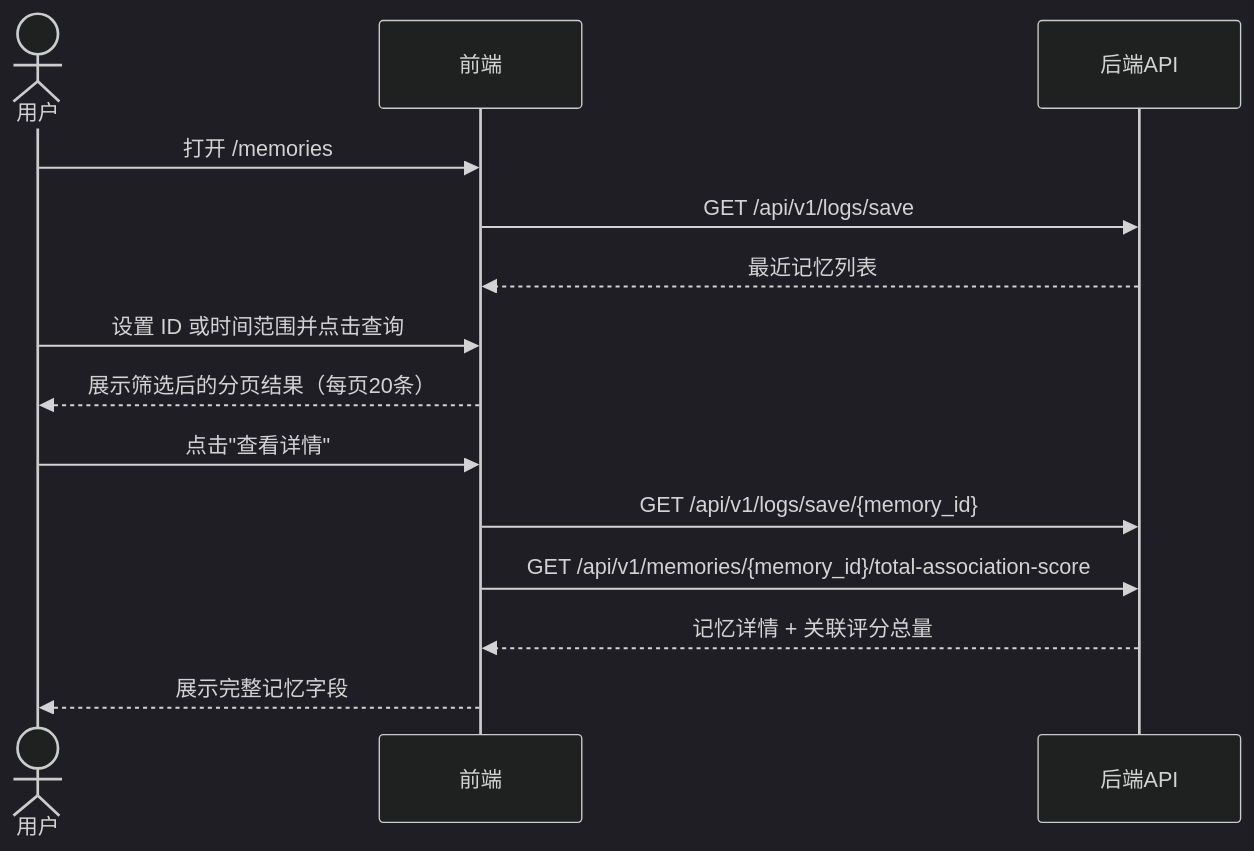
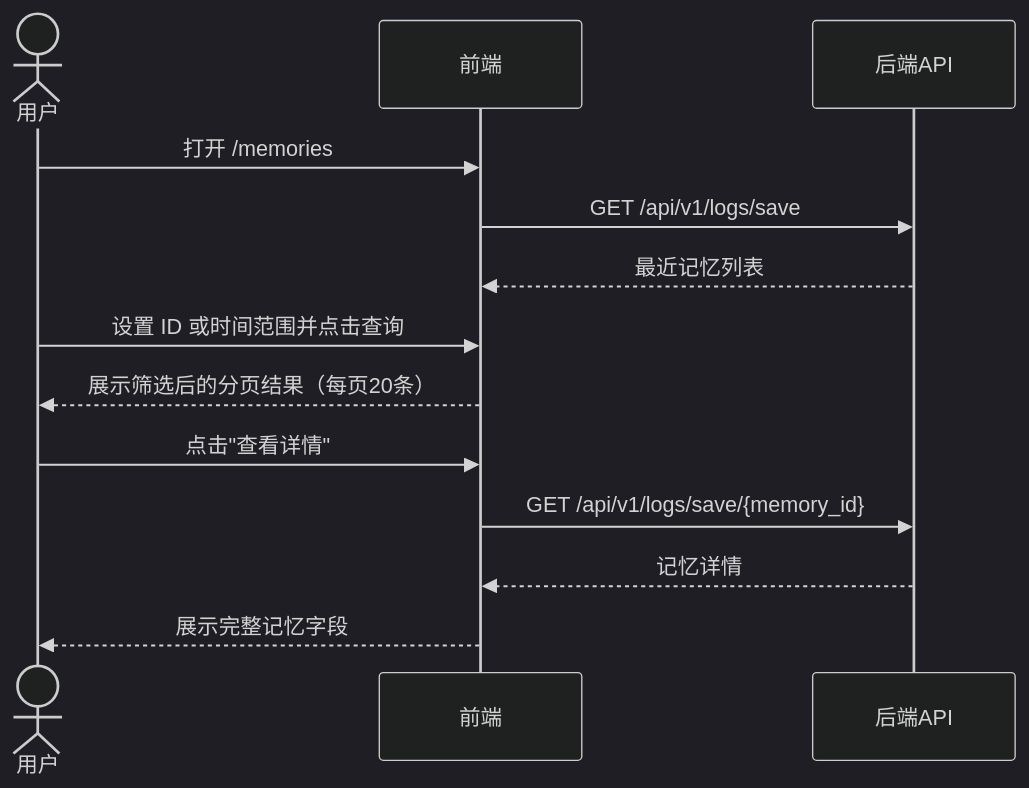
One commit to SevenLv/air_memory changed the second of 3 diagrams in doc/user_guide_v2.0.md. Above: the diagram before and after it, drawn with Mermaid (dark theme). The commit also changed other lines of this file and 3 other files, not shown here.

````diff
--- a/doc/user_guide_v2.0.md
+++ b/doc/user_guide_v2.0.md
@@ -108,17 +108,16 @@
 ```mermaid
 sequenceDiagram
     actor 用户
     participant 前端
     participant 后端API
 
     用户->>前端: 打开 /memories
     前端->>后端API: GET /api/v1/logs/save
     后端API-->>前端: 最近记忆列表
     用户->>前端: 设置 ID 或时间范围并点击查询
     前端-->>用户: 展示筛选后的分页结果（每页20条）
     用户->>前端: 点击"查看详情"
     前端->>后端API: GET /api/v1/logs/save/{memory_id}
-    前端->>后端API: GET /api/v1/memories/{memory_id}/total-association-score
-    后端API-->>前端: 记忆详情 + 关联评分总量
+    后端API-->>前端: 记忆详情
     前端-->>用户: 展示完整记忆字段
 ```
````
